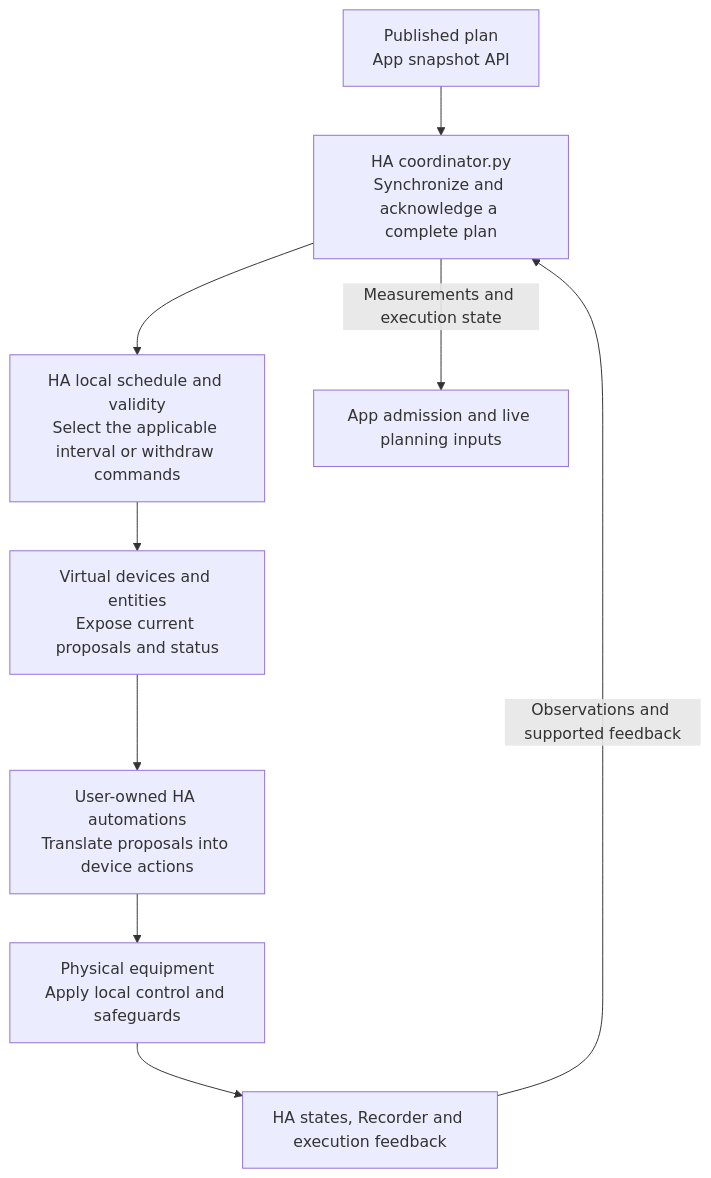
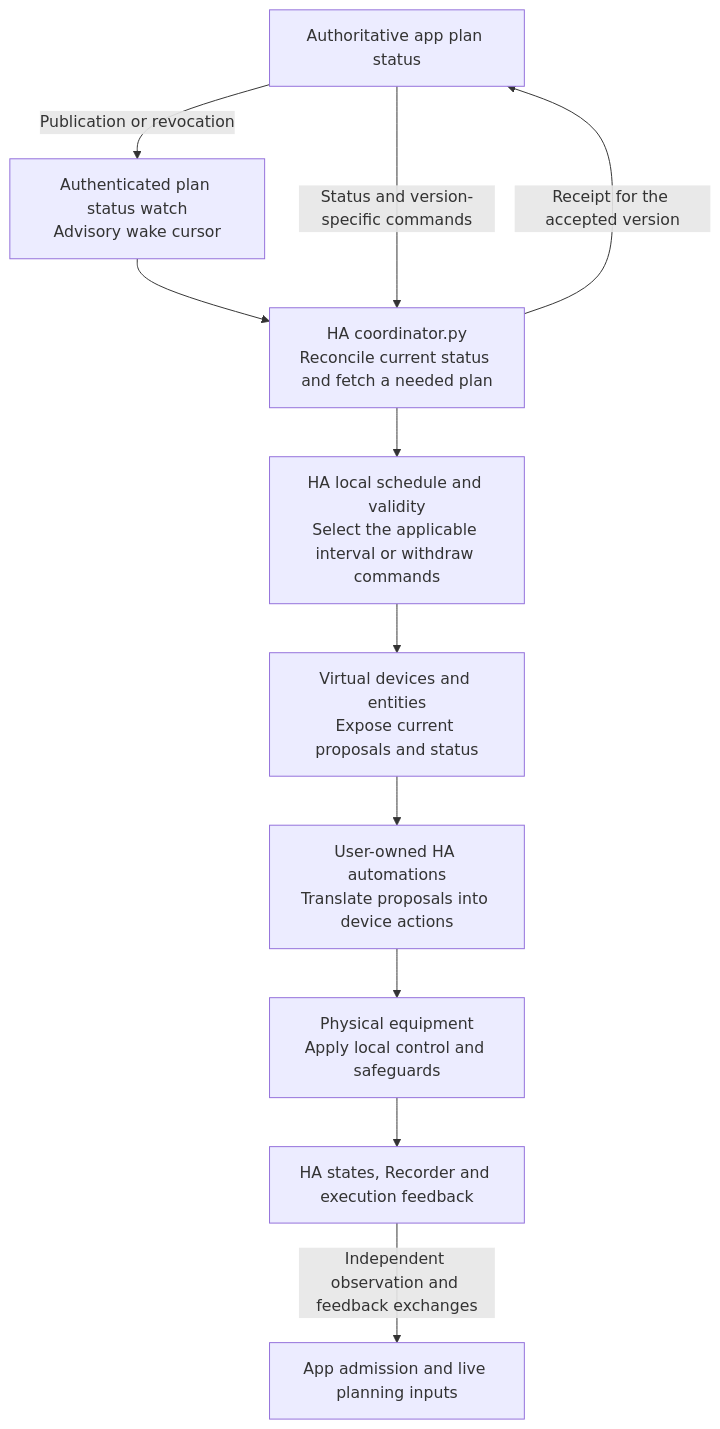
One commit to patrickvorgers/open-energy-planner changed the seventh of 8 diagrams in docs/development/ARCHITECTURE-OVERVIEW.md. Above: the diagram before and after it, drawn with Mermaid. The commit also changed other lines of this file and 13 other files, not shown here.

Commit message:
feat(ha): prepare event-driven measurement and plan synchronization

````diff
--- a/docs/development/ARCHITECTURE-OVERVIEW.md
+++ b/docs/development/ARCHITECTURE-OVERVIEW.md
@@ -211,13 +211,15 @@
 ```mermaid
 flowchart TD
     accTitle: Plan synchronization and feedback in Home Assistant
-    accDescr: The HA integration checks received plans locally and exposes current virtual commands. User automations control equipment, and execution feedback returns over synchronization.
-    PLAN["Published plan<br/>App snapshot API"] --> SYNC["HA coordinator.py<br/>Synchronize and acknowledge a complete plan"]
+    accDescr: A paired app wake signal prompts the HA integration to reconcile authoritative plan status. The integration fetches and acknowledges a needed plan and applies local command limits.
+    PLAN["Authoritative app plan status"] -->|Publication or revocation| WATCH["Authenticated plan status watch<br/>Advisory wake cursor"]
+    WATCH --> SYNC["HA coordinator.py<br/>Reconcile current status and fetch a needed plan"]
+    PLAN -->|Status and version-specific commands| SYNC
+    SYNC -->|Receipt for the accepted version| PLAN
     SYNC --> SCHEDULE["HA local schedule and validity<br/>Select the applicable interval or withdraw commands"]
     SCHEDULE --> ENTITIES["Virtual devices and entities<br/>Expose current proposals and status"]
     ENTITIES --> AUTOMATION["User-owned HA automations<br/>Translate proposals into device actions"]
     AUTOMATION --> EQUIPMENT["Physical equipment<br/>Apply local control and safeguards"]
     EQUIPMENT --> EVIDENCE["HA states, Recorder and execution feedback"]
-    EVIDENCE -->|Observations and supported feedback| SYNC
-    SYNC -->|Measurements and execution state| LIVE["App admission and live planning inputs"]
+    EVIDENCE -->|Independent observation and feedback exchanges| LIVE["App admission and live planning inputs"]
 ```
````
